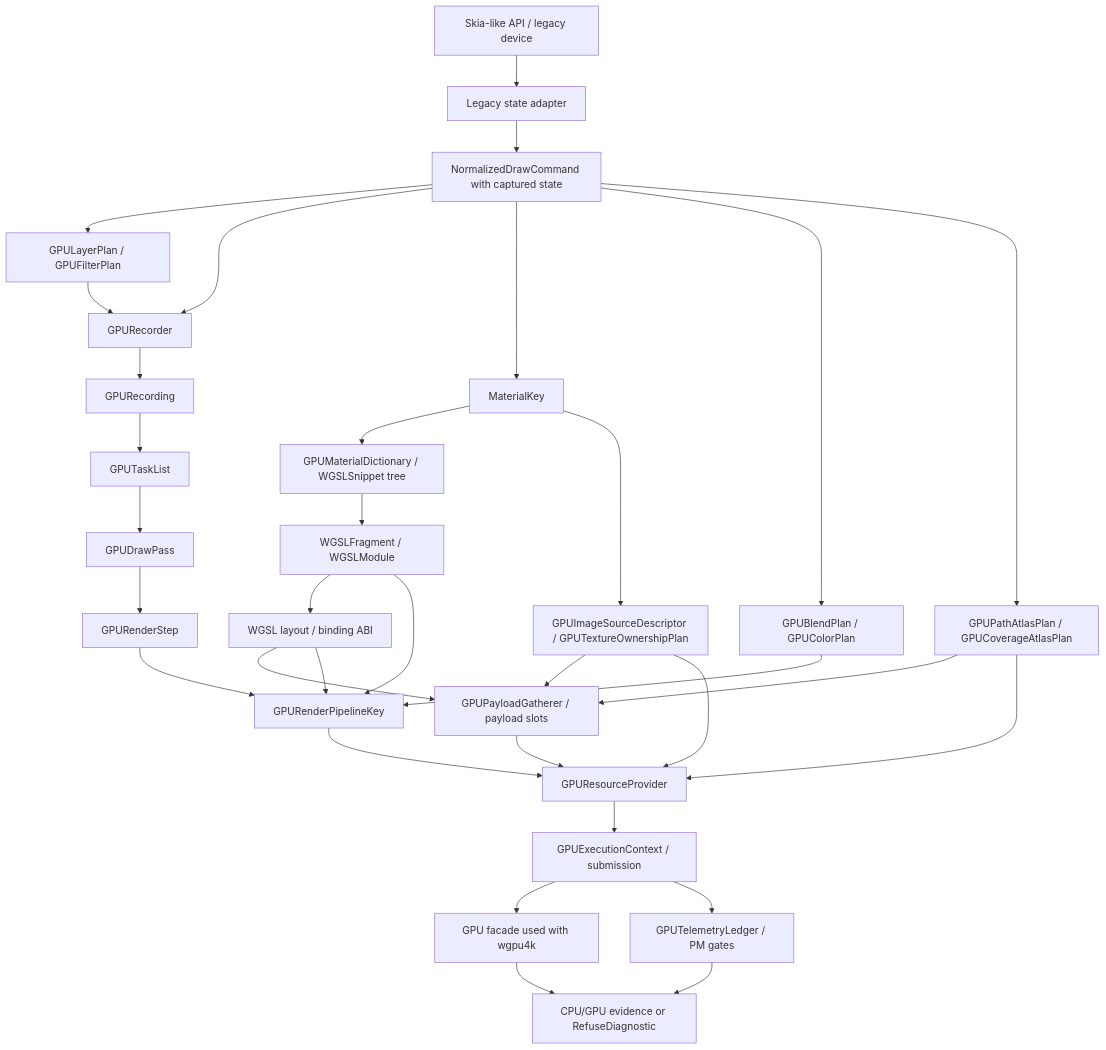
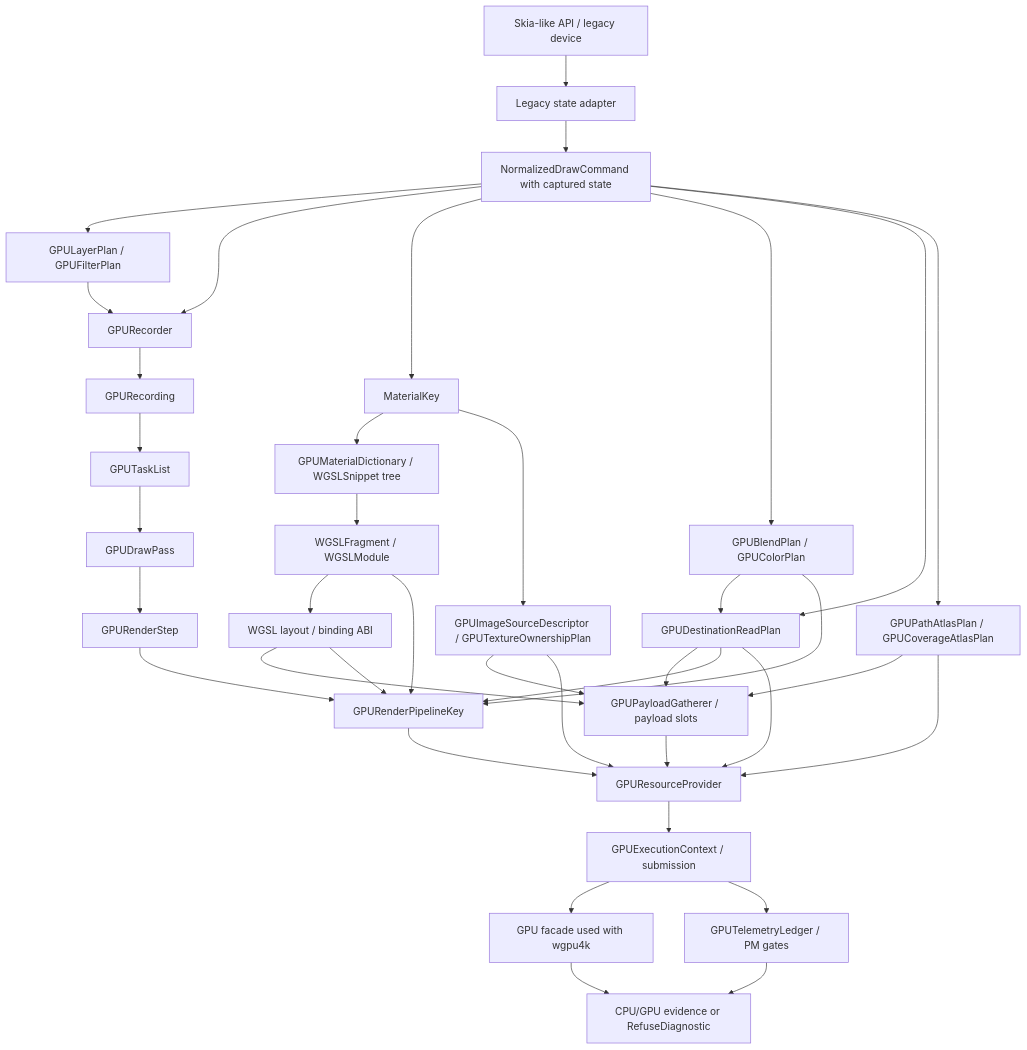
Before and after one commit to ygdrasil-io/kanvas: the diagram in .upstream/specs/gpu-renderer/README.md, drawn with Mermaid. The commit also changed other lines of this file and 18 other files, not shown here.

````diff
--- a/.upstream/specs/gpu-renderer/README.md
+++ b/.upstream/specs/gpu-renderer/README.md
@@ -161,35 +171,40 @@
 ```mermaid
 flowchart TD
     legacy["Skia-like API / legacy device"] --> adapter["Legacy state adapter"]
     adapter --> command["NormalizedDrawCommand with captured state"]
     command --> layerplan["GPULayerPlan / GPUFilterPlan"]
     command --> recorder["GPURecorder"]
     layerplan --> recorder
     recorder --> recording["GPURecording"]
     recording --> tasks["GPUTaskList"]
     tasks --> drawpass["GPUDrawPass"]
     drawpass --> step["GPURenderStep"]
     command --> material["MaterialKey"]
     material --> dictionary["GPUMaterialDictionary / WGSLSnippet tree"]
     command --> blend["GPUBlendPlan / GPUColorPlan"]
+    command --> dstread["GPUDestinationReadPlan"]
+    blend --> dstread
     dictionary --> wgsl["WGSLFragment / WGSLModule"]
     material --> textureplan["GPUImageSourceDescriptor / GPUTextureOwnershipPlan"]
     command --> atlas["GPUPathAtlasPlan / GPUCoverageAtlasPlan"]
     wgsl --> abi["WGSL layout / binding ABI"]
     abi --> payload["GPUPayloadGatherer / payload slots"]
     textureplan --> payload
     atlas --> payload
+    dstread --> payload
     step --> pipeline["GPURenderPipelineKey"]
     blend --> pipeline
+    dstread --> pipeline
     abi --> pipeline
     wgsl --> pipeline
     payload --> resources
     textureplan --> resources
     atlas --> resources
+    dstread --> resources
     pipeline --> resources["GPUResourceProvider"]
     resources --> execution["GPUExecutionContext / submission"]
     execution --> facade["GPU facade used with wgpu4k"]
     execution --> telemetry["GPUTelemetryLedger / PM gates"]
     facade --> evidence["CPU/GPU evidence or RefuseDiagnostic"]
     telemetry --> evidence
 ```
````
